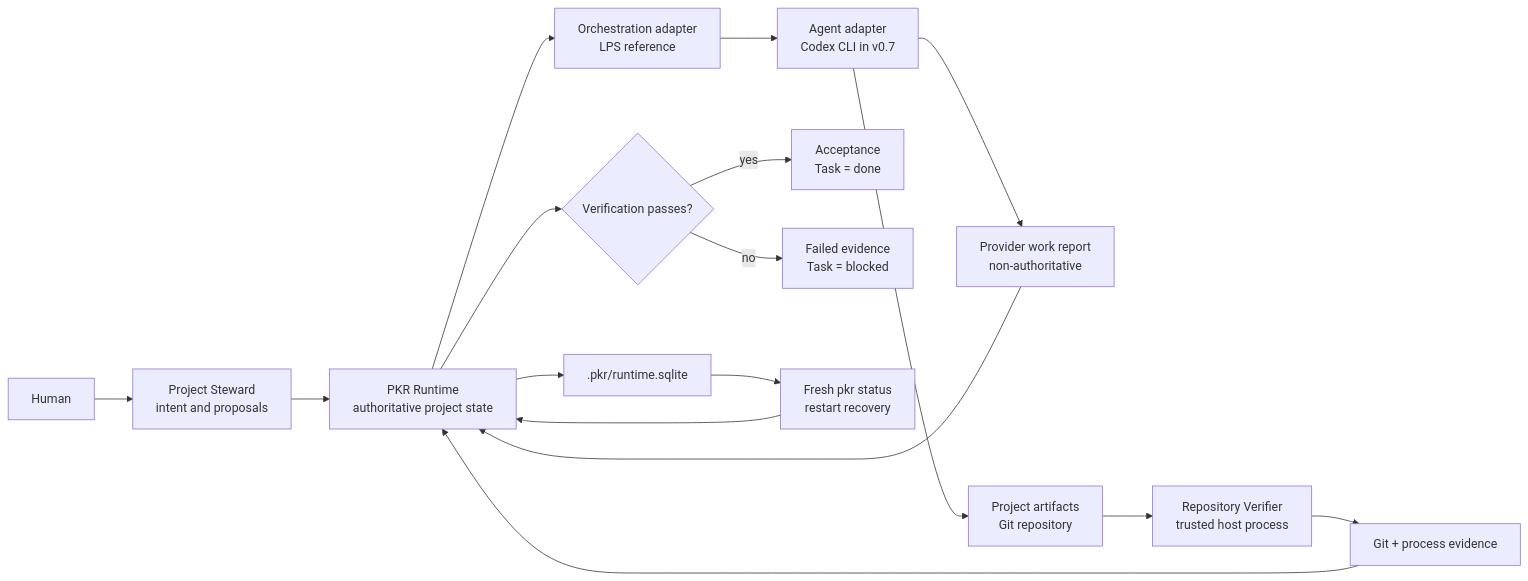
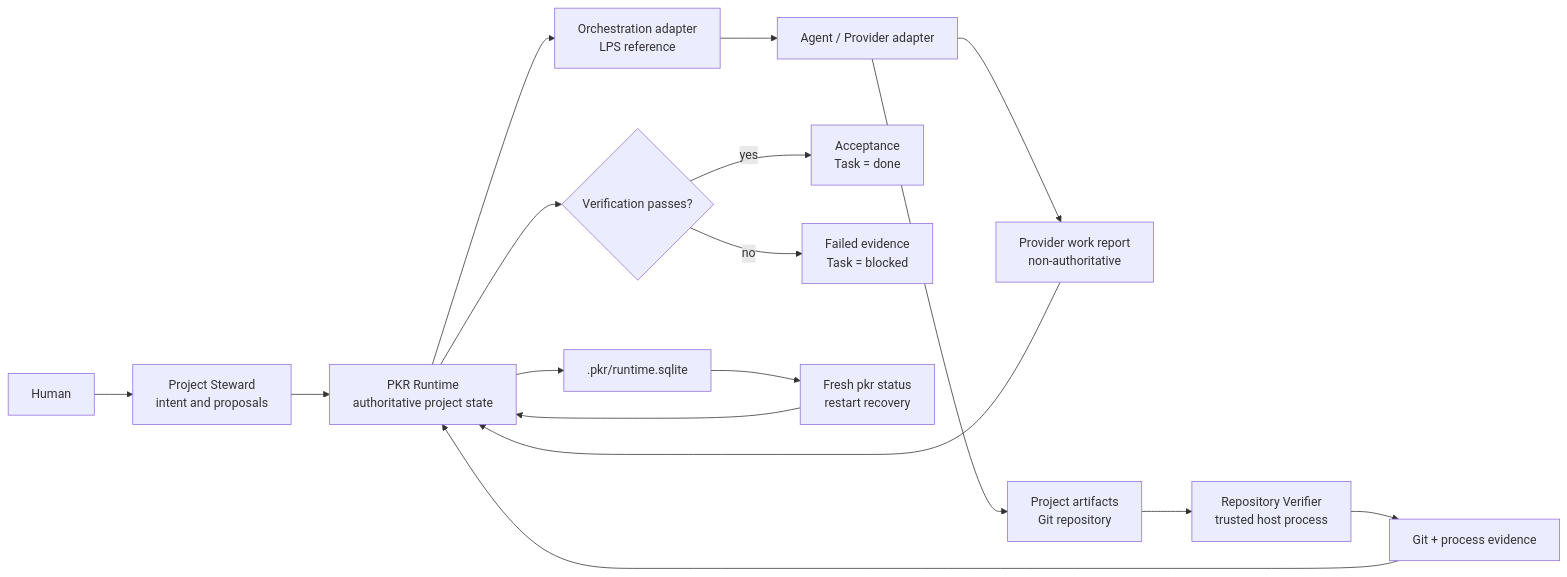
The first of 2 diagrams in README.md (locooooooooo/PKR), drawn with Mermaid before and after one commit. The commit also changed other lines of this file and 1 other file, not shown here.

Commit message:
docs: keep provider details out of framework positioning

````diff
--- a/README.md
+++ b/README.md
@@ -58,19 +58,19 @@
 ```mermaid
 flowchart LR
     human["Human"] --> steward["Project Steward<br/>intent and proposals"]
     steward --> runtime["PKR Runtime<br/>authoritative project state"]
     runtime --> sqlite[".pkr/runtime.sqlite"]
     runtime --> lps["Orchestration adapter<br/>LPS reference"]
-    lps --> agent["Agent adapter<br/>Codex CLI in v0.7"]
+    lps --> agent["Agent / Provider adapter"]
     agent --> report["Provider work report<br/>non-authoritative"]
     agent --> repo["Project artifacts<br/>Git repository"]
     repo --> verifier["Repository Verifier<br/>trusted host process"]
     verifier --> evidence["Git + process evidence"]
     report --> runtime
     evidence --> runtime
     runtime --> outcome{"Verification passes?"}
     outcome -->|yes| done["Acceptance<br/>Task = done"]
     outcome -->|no| blocked["Failed evidence<br/>Task = blocked"]
     sqlite --> status["Fresh pkr status<br/>restart recovery"]
     status --> runtime
 ```
````
